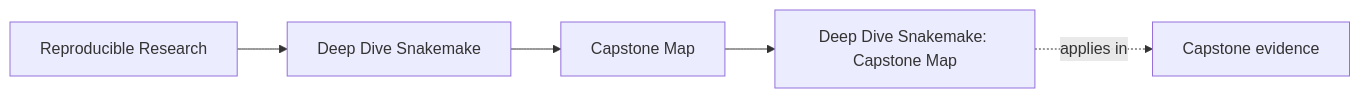
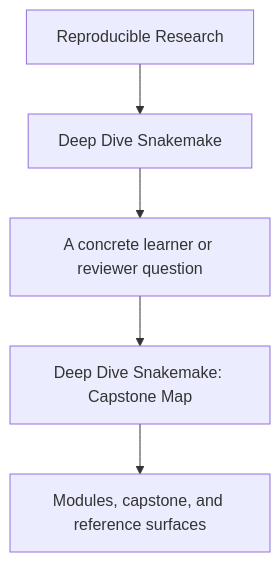
The first of 2 diagrams in programs/reproducible-research/deep-dive-snakemake/course-book/guides/capstone-map.md (bijux/bijux-masterclass), drawn with Mermaid before and after one commit. The commit also changed other lines of this file and 29 other files, not shown here.

Commit message:
docs(deep-dive-snakemake): sharpen guide and reference diagrams

````diff
--- a/programs/reproducible-research/deep-dive-snakemake/course-book/guides/capstone-map.md
+++ b/programs/reproducible-research/deep-dive-snakemake/course-book/guides/capstone-map.md
@@ -9,11 +9,7 @@
 ```mermaid
-graph LR
-  family["Reproducible Research"]
-  program["Deep Dive Snakemake"]
-  section["Capstone Map"]
-  page["Deep Dive Snakemake: Capstone Map"]
-  capstone["Capstone evidence"]
-
-  family --> program --> section --> page
-  page -.applies in.-> capstone
+flowchart TD
+  family["Reproducible Research"] --> program["Deep Dive Snakemake"]
+  program --> pressure["A concrete learner or reviewer question"]
+  pressure --> guide["Deep Dive Snakemake: Capstone Map"]
+  guide --> next["Modules, capstone, and reference surfaces"]
 ```
````
